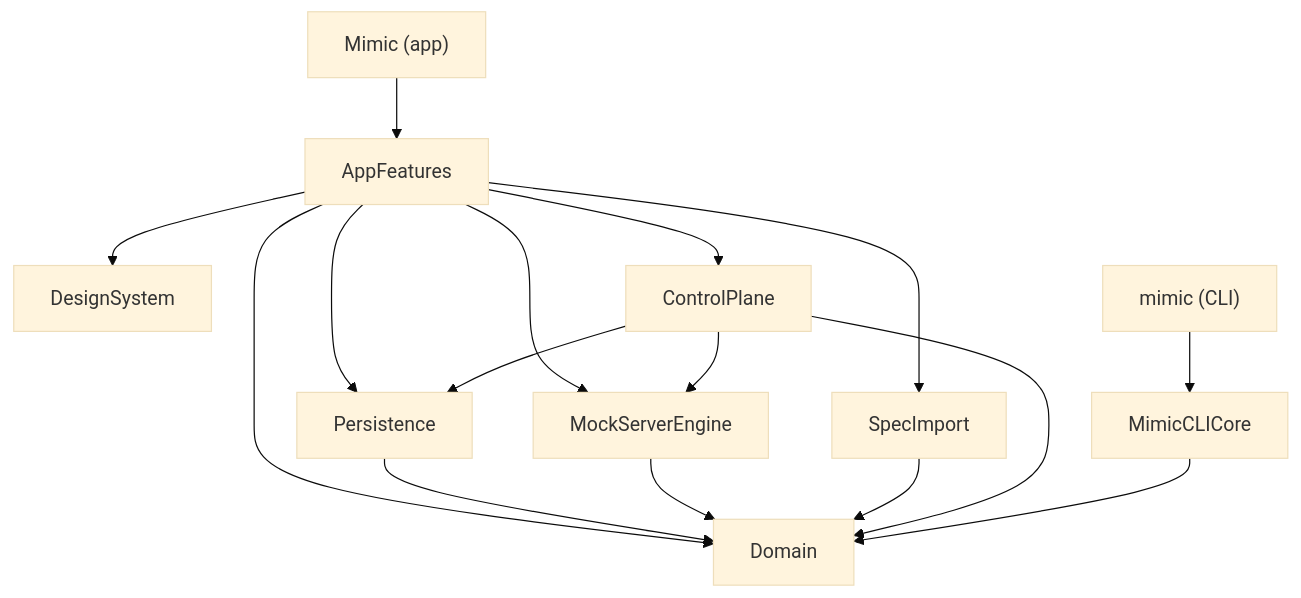
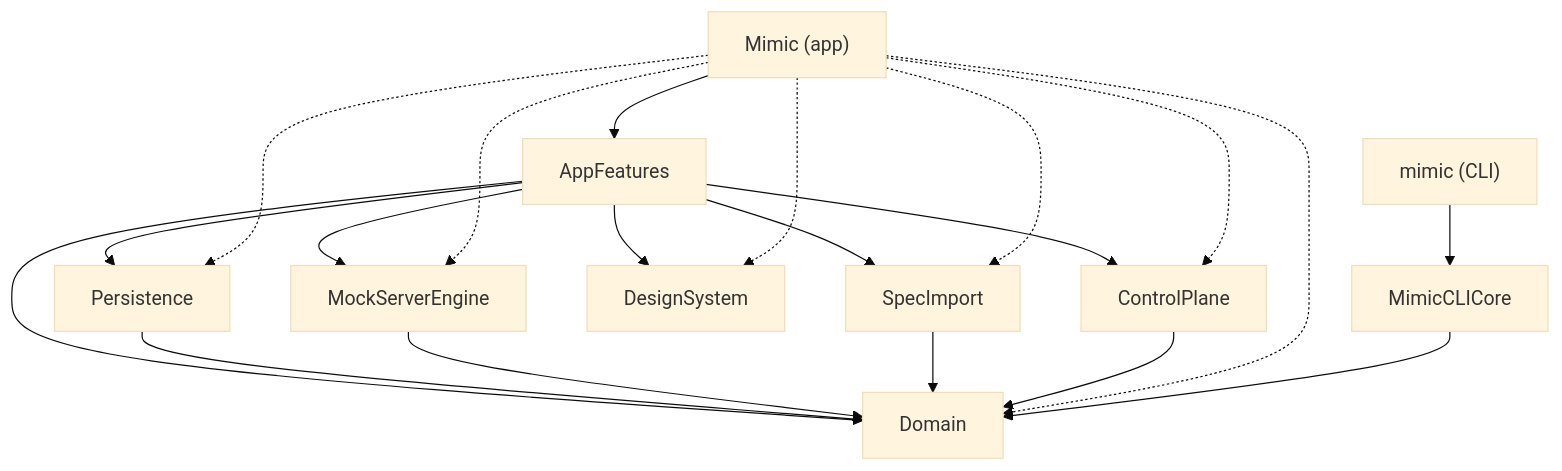
The diagram in README.md (srpadrono/mimic), drawn with Mermaid (base theme) before and after one commit. The commit also changed other lines of this file and 184 other files, not shown here.

Commit message:
Code quality and architecture: nine remediation waves, the two-host fork resolved — measured 6.7 → 8.6 (#52)

````diff
--- a/README.md
+++ b/README.md
@@ -171,18 +199,22 @@
 ```mermaid
 flowchart TB
     A["Mimic (app)"] --> B["AppFeatures"]
     B --> C["Domain"]
     B --> D["Persistence"]
     B --> E["MockServerEngine"]
     B --> F["SpecImport"]
     B --> G["DesignSystem"]
     B --> H["ControlPlane"]
     D --> C
     E --> C
     F --> C
     H --> C
-    H --> D
-    H --> E
+    A -.-> C
+    A -.-> D
+    A -.-> E
+    A -.-> F
+    A -.-> G
+    A -.-> H
     I["mimic (CLI)"] --> J["MimicCLICore"]
     J --> C
 ```
````
